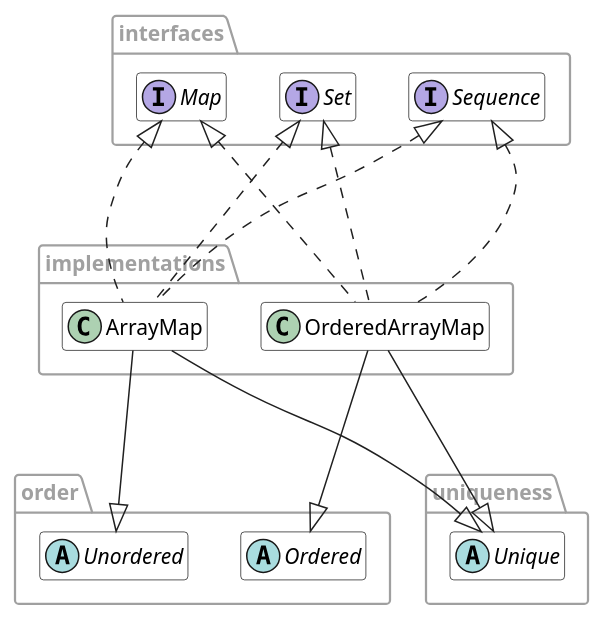
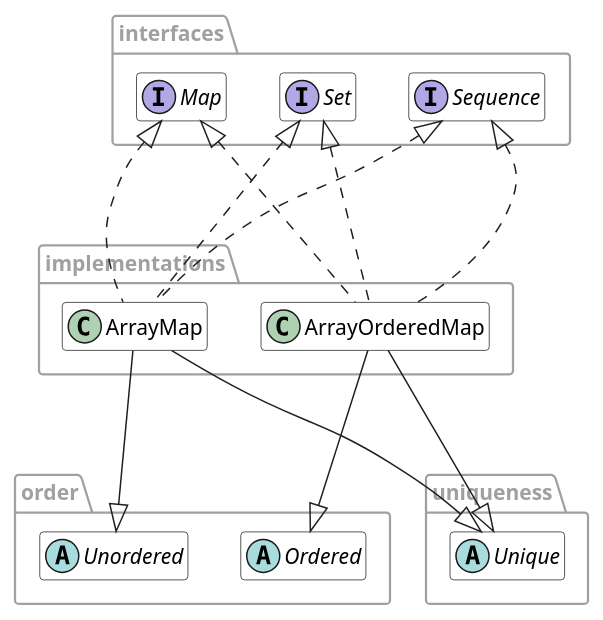
One commit to fal-works/banker changed the diagram in docs/linker.puml. Above: the diagram before and after it, drawn with PlantUML. The commit also changed 7 other files, not shown here.

Commit message:
linker: rename OrderedArrayMap => ArrayOrderedMap

```diff
--- a/docs/linker.puml
+++ b/docs/linker.puml
@@ -1,59 +1,59 @@
 @startuml linker
 
 ' ---- (style) --------------------------------
 
 skinparam shadowing false
 skinparam backgroundColor White
 skinparam package {
   BorderColor #A0A0A0
   FontColor #A0A0A0
 }
 skinparam class {
   BackgroundColor White
   ArrowColor #202020
   BorderColor #202020
   FontColor #000000
 }
 skinparam note {
   BackgroundColor White
   FontColor #606060
   BorderColor #C0C0C0
 }
 skinparam stereotypeIBackgroundColor Lavender
 hide empty members
 
 ' ---- (diagram) ------------------------------
 
 package interfaces {
   interface Map
   interface Set
   interface Sequence
 }
 
 package implementations {
   class ArrayMap
-  class OrderedArrayMap
+  class ArrayOrderedMap
 }
 
 Map <|... ArrayMap
-Map <|... OrderedArrayMap
+Map <|... ArrayOrderedMap
 Set <|... ArrayMap
-Set <|... OrderedArrayMap
+Set <|... ArrayOrderedMap
 Sequence <|... ArrayMap
-Sequence <|... OrderedArrayMap
+Sequence <|... ArrayOrderedMap
 
 package order {
   abstract Ordered
   abstract Unordered
 }
 ArrayMap ---|> Unordered
-OrderedArrayMap ---|> Ordered
+ArrayOrderedMap ---|> Ordered
 
 package uniqueness {
   abstract Unique
 }
 ArrayMap ---|> Unique
-OrderedArrayMap ---|> Unique
+ArrayOrderedMap ---|> Unique
 
 
 @enduml
```
